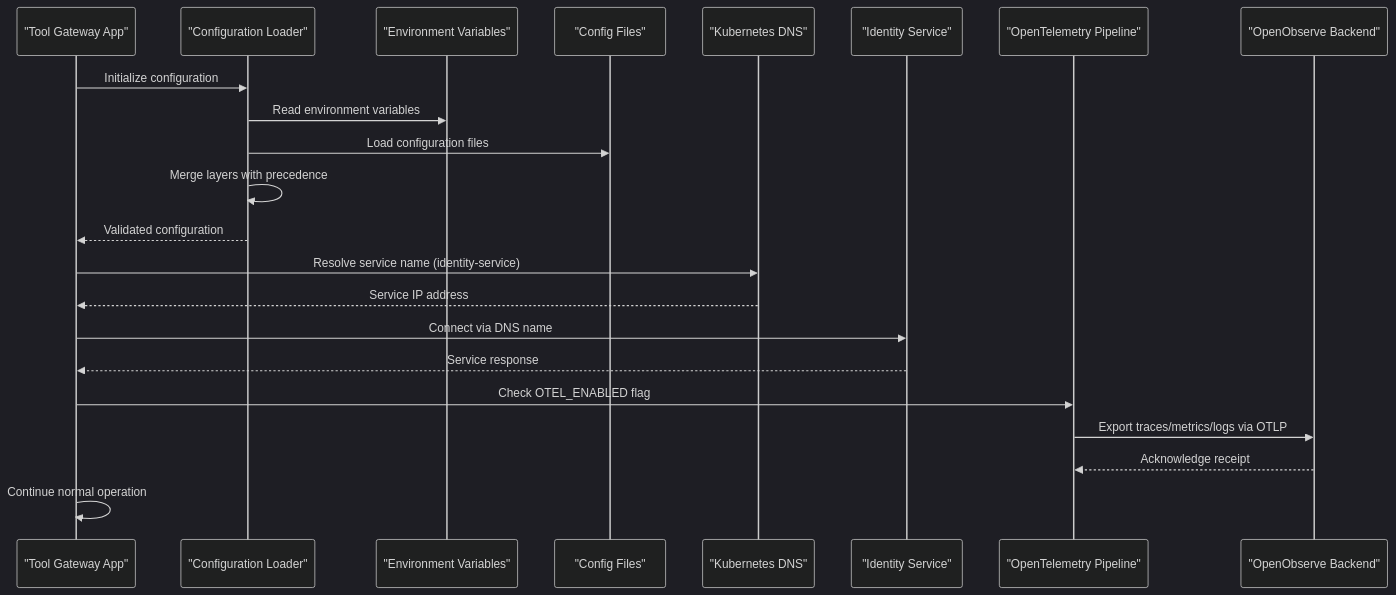
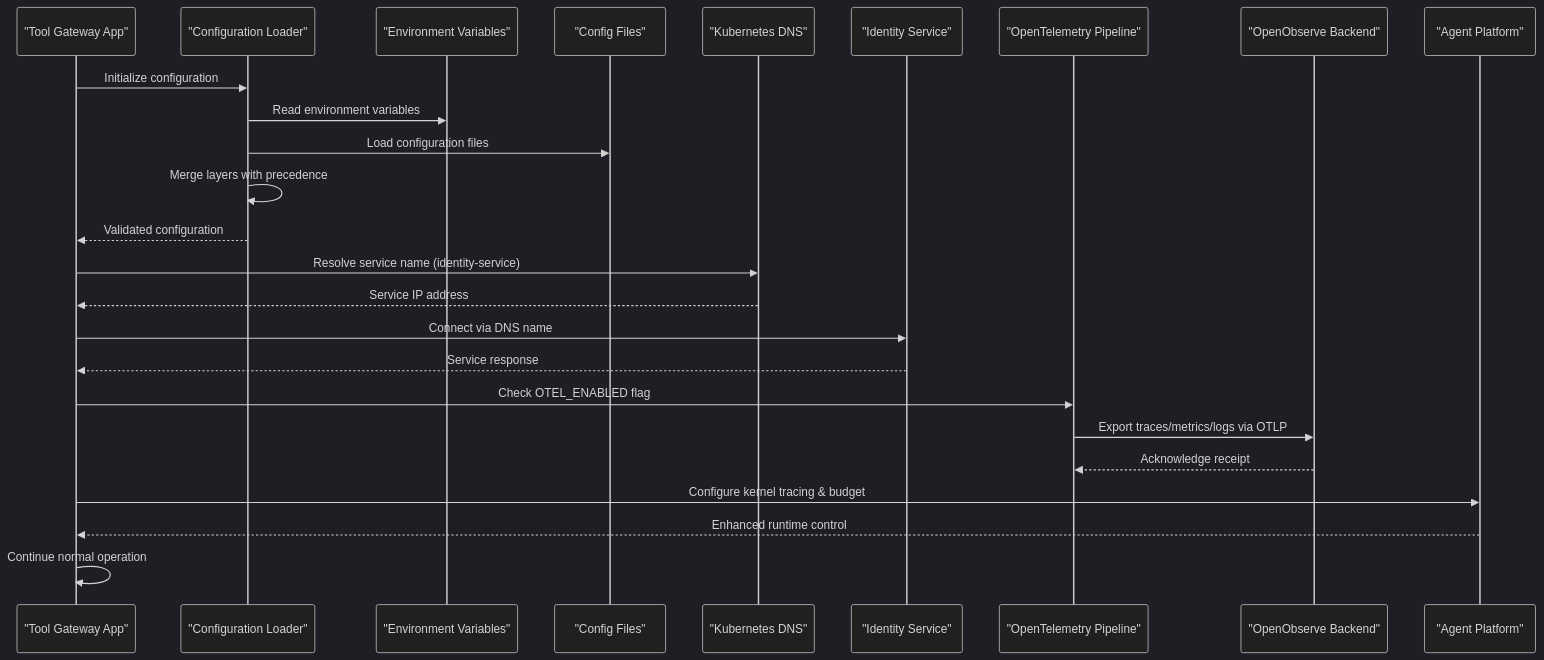
The second of 11 diagrams in .qoder/repowiki/en/content/Tool Gateway Service/Configuration and Environment Setup.md (metasync/luban-aiops), drawn with Mermaid (dark theme) before and after one commit. The commit also changed other lines of this file and 25 other files, not shown here.

````diff
--- a/.qoder/repowiki/en/content/Tool Gateway Service/Configuration and Environment Setup.md
+++ b/.qoder/repowiki/en/content/Tool Gateway Service/Configuration and Environment Setup.md
@@ -146,24 +162,27 @@
 ```mermaid
 sequenceDiagram
 participant App as "Tool Gateway App"
 participant Config as "Configuration Loader"
 participant Env as "Environment Variables"
 participant File as "Config Files"
 participant DNS as "Kubernetes DNS"
 participant Service as "Identity Service"
 participant OTel as "OpenTelemetry Pipeline"
 participant Backend as "OpenObserve Backend"
+participant AgentPlatform as "Agent Platform"
 App->>Config : Initialize configuration
 Config->>Env : Read environment variables
 Config->>File : Load configuration files
 Config->>Config : Merge layers with precedence
 Config-->>App : Validated configuration
 App->>DNS : Resolve service name (identity-service)
 DNS-->>App : Service IP address
 App->>Service : Connect via DNS name
 Service-->>App : Service response
 App->>OTel : Check OTEL_ENABLED flag
 OTel->>Backend : Export traces/metrics/logs via OTLP
 Backend-->>OTel : Acknowledge receipt
+App->>AgentPlatform : Configure kernel tracing & budget
+AgentPlatform-->>App : Enhanced runtime control
 App->>App : Continue normal operation
 ```
````
